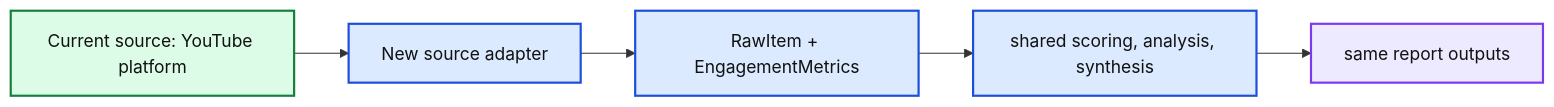
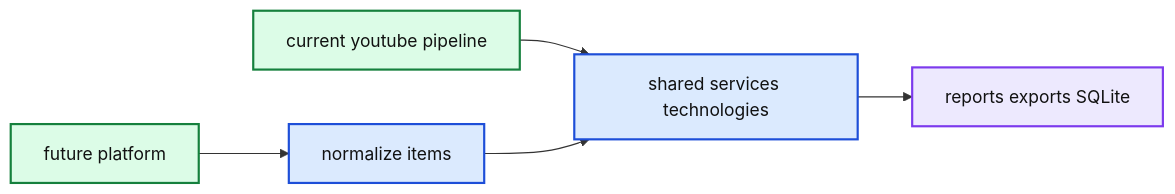
One commit to reshinto/social-research-probe changed the diagram in docs/diagrams/src/roadmap.mmd. Above: the diagram before and after it, drawn with Mermaid. The commit also changed 107 other files, not shown here.

```diff
--- a/docs/diagrams/src/roadmap.mmd
+++ b/docs/diagrams/src/roadmap.mmd
@@ -1,17 +1,16 @@
 %%{init: {"theme":"base","themeVariables":{"background":"#ffffff","mainBkg":"#ffffff","primaryTextColor":"#111111","lineColor":"#333333","fontFamily":"Arial, sans-serif","clusterBkg":"#ffffff","clusterBorder":"#d0d7de"}}}%%
 flowchart LR
-  Today["Current source: YouTube platform"] --> Adapter["New source adapter"]
-  Adapter --> Contract["RawItem + EngagementMetrics"]
-  Contract --> Shared["shared scoring, analysis, synthesis"]
-  Shared --> Reports["same report outputs"]
+  YouTube["current youtube pipeline"] --> Shared["shared services technologies"]
+  NewPlatform["future platform"] --> Normalize["normalize items"] --> Shared
+  Shared --> Reports["reports exports SQLite"]
+  class YouTube,NewPlatform input;
+  class Normalize,Shared process;
+  class Reports output;
 
   classDef input fill:#dcfce7,stroke:#15803d,color:#111111,stroke-width:2px;
   classDef process fill:#dbeafe,stroke:#1d4ed8,color:#111111,stroke-width:2px;
   classDef analysis fill:#fef3c7,stroke:#d97706,color:#111111,stroke-width:2px;
   classDef external fill:#ccfbf1,stroke:#0f766e,color:#111111,stroke-width:2px;
   classDef output fill:#ede9fe,stroke:#7c3aed,color:#111111,stroke-width:2px;
   classDef config fill:#ffedd5,stroke:#ea580c,color:#111111,stroke-width:2px;
   classDef risk fill:#fee2e2,stroke:#dc2626,color:#111111,stroke-width:2px;
-  class Today input;
-  class Adapter,Contract,Shared process;
-  class Reports output;
```
